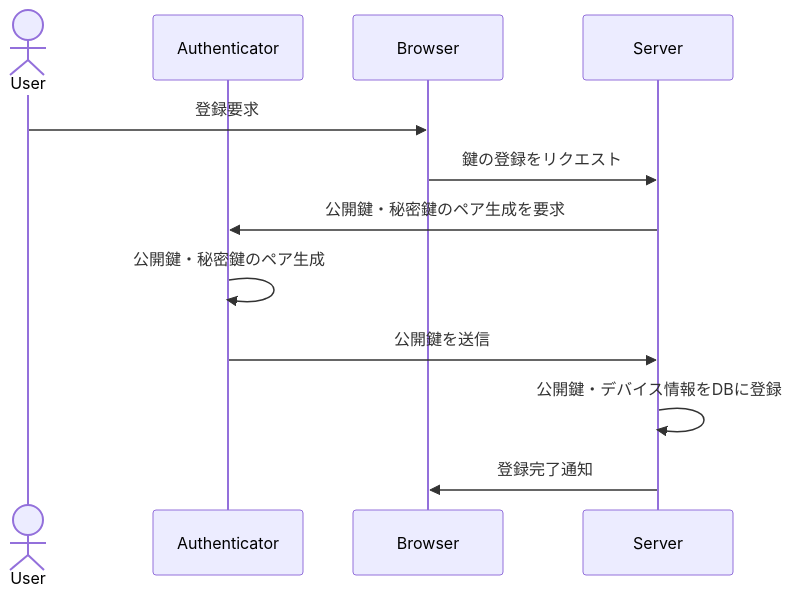
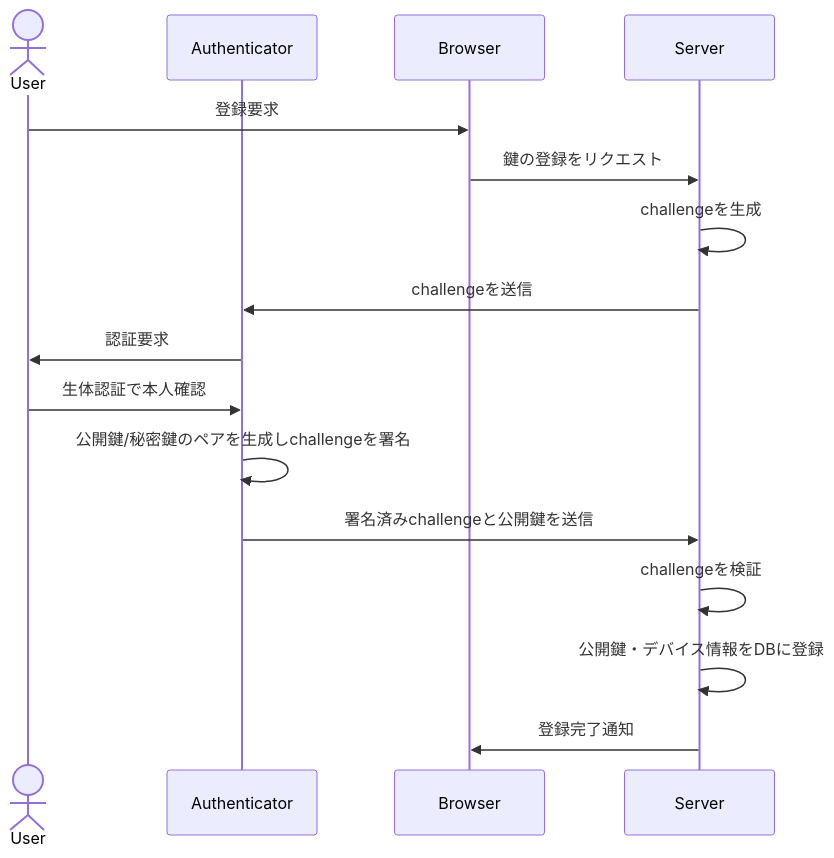
The first of 2 diagrams in docs/WebAuthn.md (tttol/zenigame-gen2), drawn with Mermaid before and after one commit. The commit also changed other lines of this file, not shown here.

````diff
--- a/docs/WebAuthn.md
+++ b/docs/WebAuthn.md
@@ -7,15 +7,19 @@
 ```mermaid
 sequenceDiagram
     actor User
     participant Authenticator
     participant Browser
     participant Server
 
     User->>Browser: 登録要求
     Browser->>Server: 鍵の登録をリクエスト
-    Server->>Authenticator: 公開鍵・秘密鍵のペア生成を要求
-    Authenticator->>Authenticator: 公開鍵・秘密鍵のペア生成
-    Authenticator->>Server: 公開鍵を送信
+    Server->>Server: challengeを生成
+    Server->>Authenticator: challengeを送信
+    Authenticator->>User: 認証要求
+    User->>Authenticator: 生体認証で本人確認
+    Authenticator->>Authenticator: 公開鍵/秘密鍵のペアを生成しchallengeを署名
+    Authenticator->>Server: 署名済みchallengeと公開鍵を送信
+    Server->>Server: challengeを検証
     Server->>Server: 公開鍵・デバイス情報をDBに登録
     Server->>Browser: 登録完了通知
 ```
````
